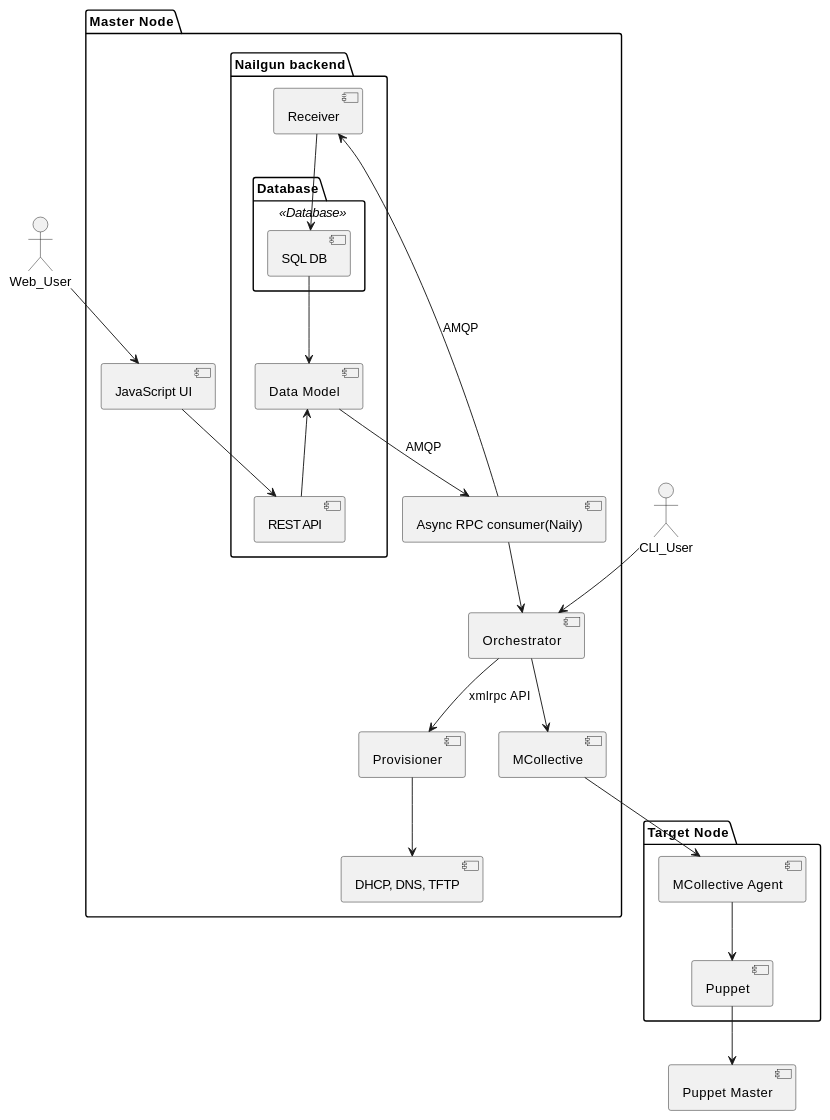
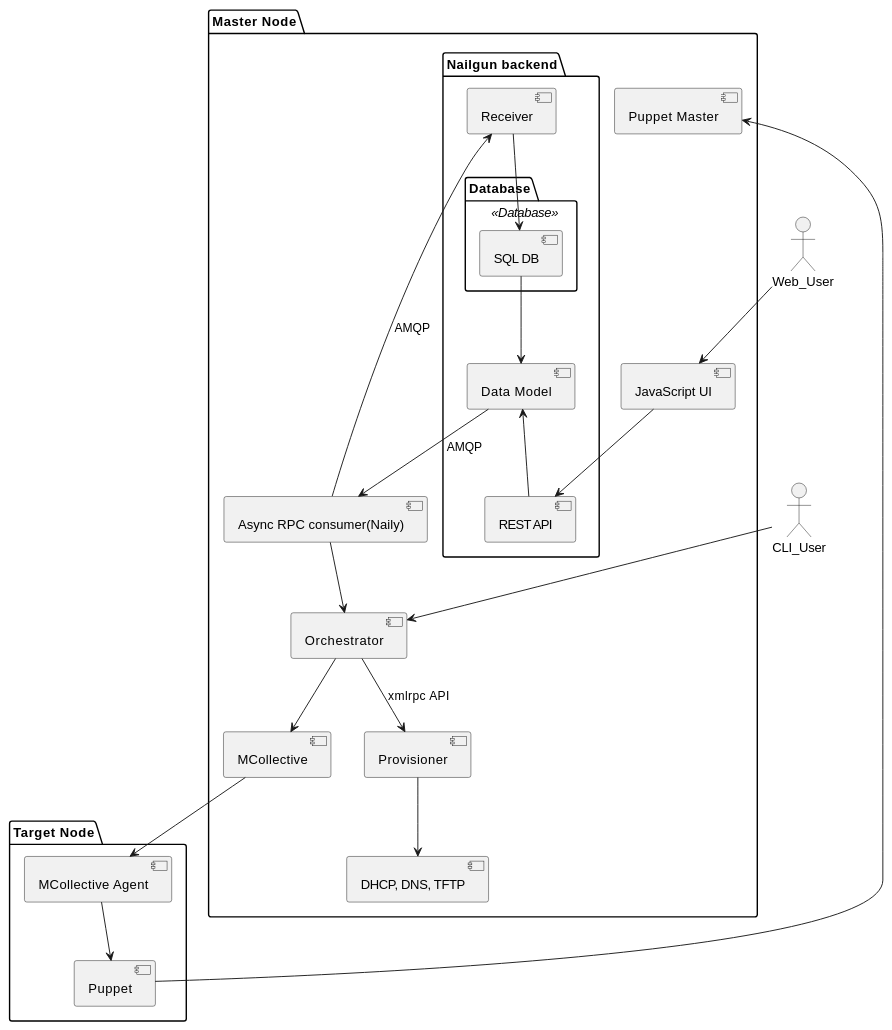
One commit to openstack-archive/fuel-main changed the diagram in docs/develop/logical_arch.rst. Above: the diagram before and after it, drawn with PlantUML. The commit also changed 3 other files, not shown here.

```diff
--- a/docs/develop/logical_arch.rst
+++ b/docs/develop/logical_arch.rst
@@ -6,31 +6,32 @@
  .. uml::
     package "Master Node" {
         [JavaScript UI]
         package "Nailgun backend" {
             package "Database" <<Database>> {
                 [SQL DB]
             }
             [SQL DB] --> [Data Model]
             [Data Model] <-- [REST API]
             [Receiver] --> [SQL DB]
         }
         [Provisioner] --> [DHCP, DNS, TFTP]
         [Data Model] --> [Async RPC consumer(Naily)] : AMQP
         [Async RPC consumer(Naily)] --> [Receiver] : AMQP
         [Async RPC consumer(Naily)] --> [Orchestrator]
         [Orchestrator] --> [MCollective]
+        [Puppet Master]
     }
     package "Target Node" {
         [MCollective Agent] --> [Puppet]
     }
     actor Web_User
     actor CLI_User
     Web_User --> [JavaScript UI]
     CLI_User --> [Orchestrator]
 
     [JavaScript UI] --> [REST API]
 
     [Orchestrator] --> [Provisioner] : xmlrpc API
 
     [MCollective] --> [MCollective Agent]
     [Puppet] --> [Puppet Master]
```
